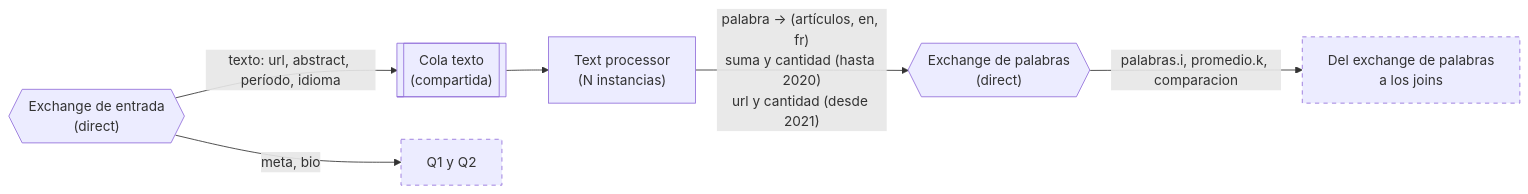
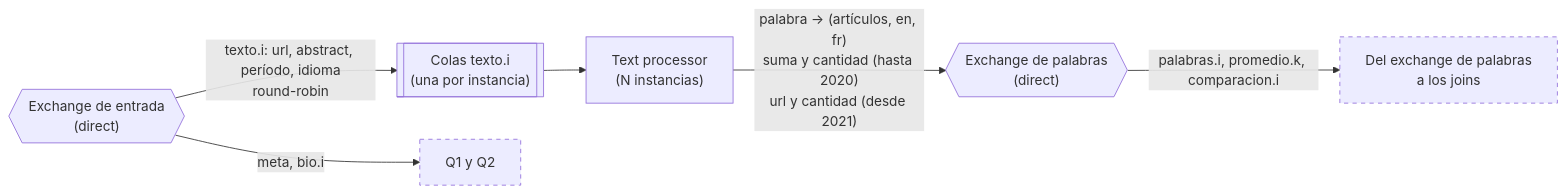
The tenth of 15 diagrams in diagramas/README.md (Cristobal710/tp-final-distribuidos), drawn with Mermaid before and after one commit. The commit also changed other lines of this file, not shown here.

````diff
--- a/diagramas/README.md
+++ b/diagramas/README.md
@@ -404,13 +405,13 @@
 ```mermaid
 flowchart LR
     EXE{{"Exchange de entrada<br/>(direct)"}}
-    EXE -- "texto: url, abstract, período, idioma" --> QTX[["Cola texto<br/>(compartida)"]]
-    EXE -- "meta, bio" --> OTRAS["Q1 y Q2"]
+    EXE -- "texto.i: url, abstract, período, idioma<br/>round-robin" --> QTX[["Colas texto.i<br/>(una por instancia)"]]
+    EXE -- "meta, bio.i" --> OTRAS["Q1 y Q2"]
 
     QTX --> TP["Text processor<br/>(N instancias)"]
     TP -- "palabra → (artículos, en, fr)<br/>suma y cantidad (hasta 2020)<br/>url y cantidad (desde 2021)" --> EXP{{"Exchange de palabras<br/>(direct)"}}
-    EXP -- "palabras.i, promedio.k, comparacion" --> SIG["Del exchange de palabras<br/>a los joins"]
+    EXP -- "palabras.i, promedio.k, comparacion.i" --> SIG["Del exchange de palabras<br/>a los joins"]
 
     classDef resto stroke-dasharray: 5 5
     class OTRAS,SIG resto
 ```
````
